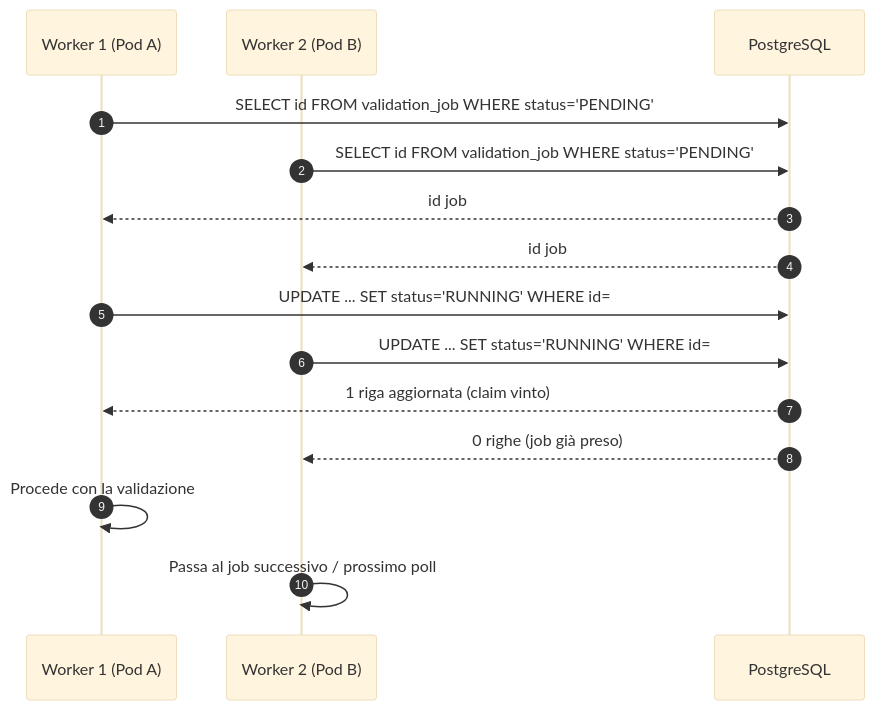
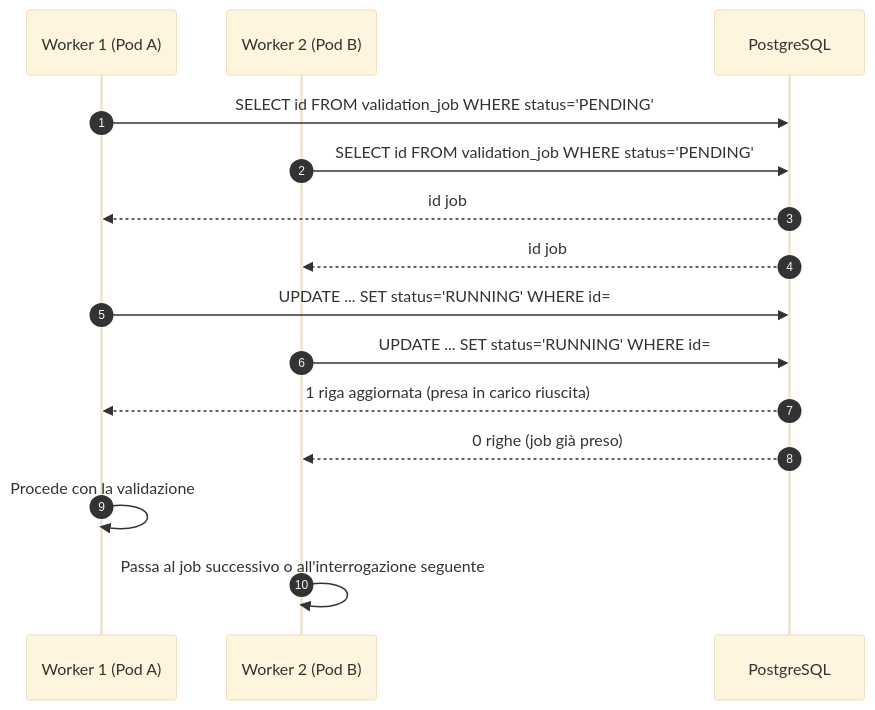
Before and after one commit to toresoft/sign-verify: the second of 2 diagrams in docs/it/08-scalabilita-orizzontale.md, drawn with Mermaid (base theme). The commit also changed other lines of this file and 14 other files, not shown here.

````diff
--- a/docs/it/08-scalabilita-orizzontale.md
+++ b/docs/it/08-scalabilita-orizzontale.md
@@ -226,18 +230,18 @@
 ```mermaid
 sequenceDiagram
     autonumber
     participant W1 as Worker 1 (Pod A)
     participant W2 as Worker 2 (Pod B)
     participant DB as PostgreSQL
 
     W1->>DB: SELECT id FROM validation_job WHERE status='PENDING'
     W2->>DB: SELECT id FROM validation_job WHERE status='PENDING'
     DB-->>W1: id job #123
     DB-->>W2: id job #123
     W1->>DB: UPDATE ... SET status='RUNNING' WHERE id=#123 AND status='PENDING'
     W2->>DB: UPDATE ... SET status='RUNNING' WHERE id=#123 AND status='PENDING'
-    DB-->>W1: 1 riga aggiornata (claim vinto)
+    DB-->>W1: 1 riga aggiornata (presa in carico riuscita)
     DB-->>W2: 0 righe (job già preso)
     W1->>W1: Procede con la validazione
-    W2->>W2: Passa al job successivo / prossimo poll
+    W2->>W2: Passa al job successivo o all'interrogazione seguente
 ```
````
